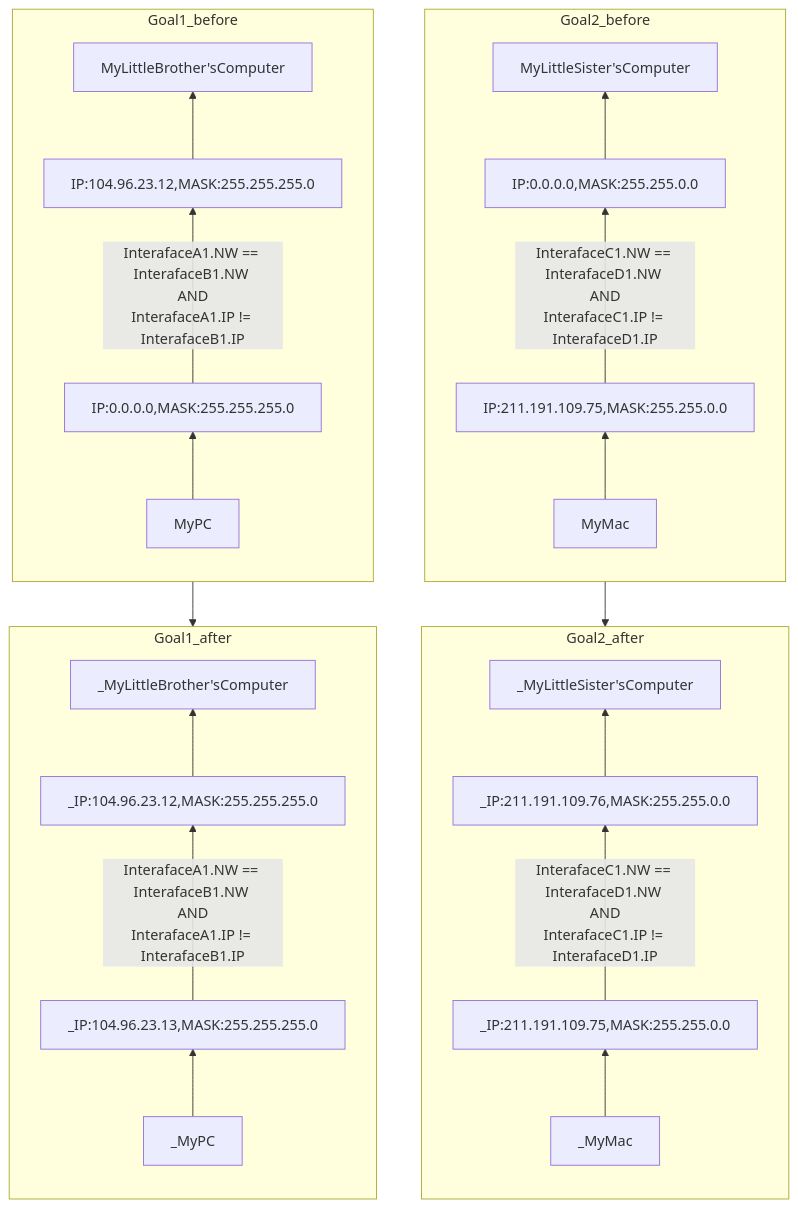
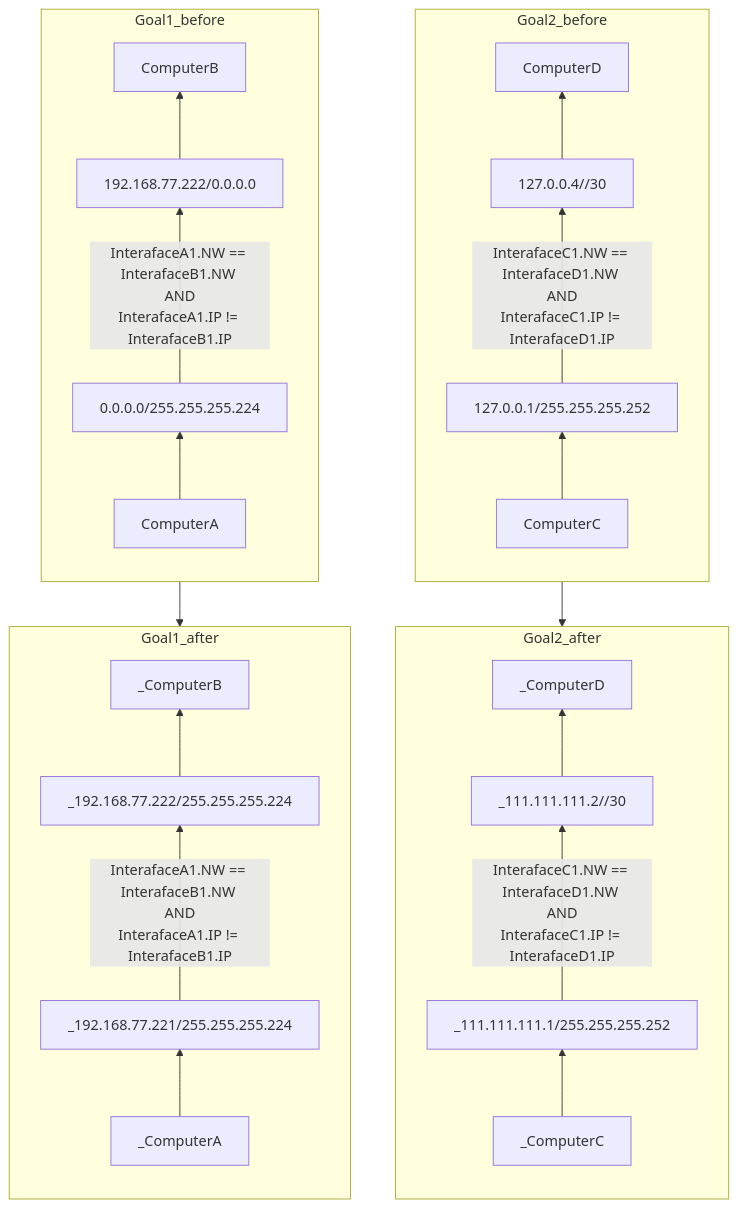
Before and after one commit to rikeda-cloud/net_practice: the second of 2 diagrams in level2.md, drawn with Mermaid. The commit also changed other lines of this file and 2 other files, not shown here.

````diff
--- a/level2.md
+++ b/level2.md
@@ -24,27 +24,27 @@
 ```mermaid
 flowchart
 
 Goal2_before-->Goal2_after
 subgraph Goal2_before
     direction BT
-    MyMac-->IP:211.191.109.75,MASK:255.255.0.0-- InterafaceC1.NW == InterafaceD1.NW <br>AND<br>InterafaceC1.IP != InterafaceD1.IP-->IP:0.0.0.0,MASK:255.255.0.0-->MyLittleSister'sComputer
+    ComputerC-->127.0.0.1/255.255.255.252-- InterafaceC1.NW == InterafaceD1.NW <br>AND<br>InterafaceC1.IP != InterafaceD1.IP-->127.0.0.4//30-->ComputerD
 end
 
 subgraph Goal2_after
     direction BT
-    _MyMac-->_IP:211.191.109.75,MASK:255.255.0.0-- InterafaceC1.NW == InterafaceD1.NW <br>AND<br>InterafaceC1.IP != InterafaceD1.IP-->_IP:211.191.109.76,MASK:255.255.0.0-->_MyLittleSister'sComputer
+    _ComputerC-->_111.111.111.1/255.255.255.252-- InterafaceC1.NW == InterafaceD1.NW <br>AND<br>InterafaceC1.IP != InterafaceD1.IP-->_111.111.111.2//30-->_ComputerD
 end
 
 
 Goal1_before-->Goal1_after
 subgraph Goal1_before
     direction BT
-    MyPC-->IP:0.0.0.0,MASK:255.255.255.0-- InterafaceA1.NW == InterafaceB1.NW <br>AND<br>InterafaceA1.IP != InterafaceB1.IP-->IP:104.96.23.12,MASK:255.255.255.0-->MyLittleBrother'sComputer
+    ComputerA-->0.0.0.0/255.255.255.224-- InterafaceA1.NW == InterafaceB1.NW <br>AND<br>InterafaceA1.IP != InterafaceB1.IP-->192.168.77.222/0.0.0.0-->ComputerB
 end
 
 subgraph Goal1_after
     direction BT
-    _MyPC-->_IP:104.96.23.13,MASK:255.255.255.0-- InterafaceA1.NW == InterafaceB1.NW <br>AND<br>InterafaceA1.IP != InterafaceB1.IP-->_IP:104.96.23.12,MASK:255.255.255.0-->_MyLittleBrother'sComputer
+    _ComputerA-->_192.168.77.221/255.255.255.224-- InterafaceA1.NW == InterafaceB1.NW <br>AND<br>InterafaceA1.IP != InterafaceB1.IP-->_192.168.77.222/255.255.255.224-->_ComputerB
 end
 
 ```
````
